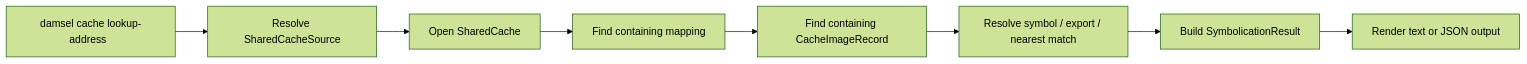
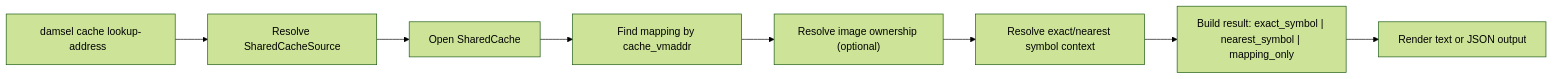
Before and after one commit to theroutercompany/damsel-disasm: the second of 2 diagrams in docs/architecture/apple-runtime-analysis-architecture.md, drawn with Mermaid (forest theme). The commit also changed other lines of this file and 34 other files, not shown here.

````diff
--- a/docs/architecture/apple-runtime-analysis-architecture.md
+++ b/docs/architecture/apple-runtime-analysis-architecture.md
@@ -179,10 +190,10 @@
 ```mermaid
 flowchart LR
   A["damsel cache lookup-address <cache> <vmaddr>"] --> B["Resolve SharedCacheSource"]
   B --> C["Open SharedCache"]
-  C --> D["Find containing mapping"]
-  D --> E["Find containing CacheImageRecord"]
-  E --> F["Resolve symbol / export / nearest match"]
-  F --> G["Build SymbolicationResult"]
+  C --> D["Find mapping by cache_vmaddr"]
+  D --> E["Resolve image ownership (optional)"]
+  E --> F["Resolve exact/nearest symbol context"]
+  F --> G["Build result: exact_symbol | nearest_symbol | mapping_only"]
   G --> H["Render text or JSON output"]
 ```
````
